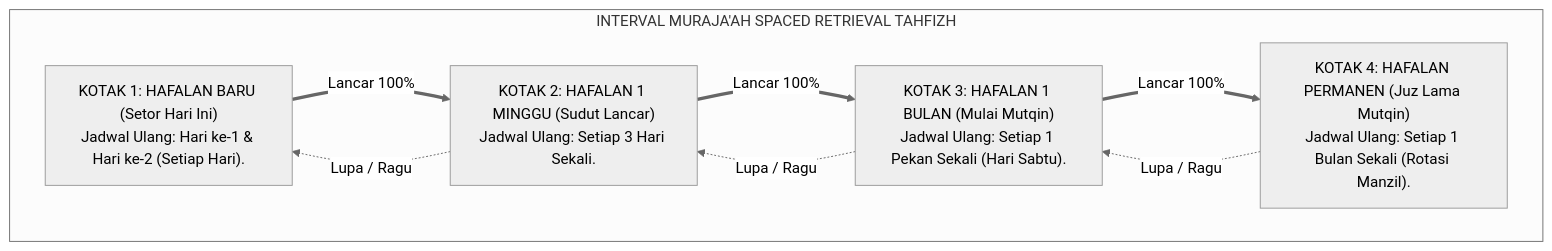
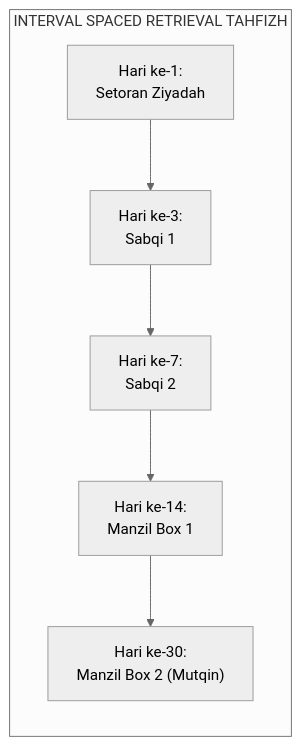
The third of 3 diagrams in 02 Principles/03 Learning Principles/P2-03-02-Prinsip-Retensi-Memori-dan-Hafalan-Mutqin.md (wandiapriliyandi/tumbuh), drawn with Mermaid (neutral theme) before and after one commit. The commit also changed other lines of this file and 6 other files, not shown here.

````diff
--- a/02 Principles/03 Learning Principles/P2-03-02-Prinsip-Retensi-Memori-dan-Hafalan-Mutqin.md
+++ b/02 Principles/03 Learning Principles/P2-03-02-Prinsip-Retensi-Memori-dan-Hafalan-Mutqin.md
@@ -226,20 +149,10 @@
 ```mermaid
-graph TD
-    subgraph JadwalPengulanganBerjarakLeitner["INTERVAL MURAJA'AH SPACED RETRIEVAL TAHFIZH"]
-        Kotak1["KOTAK 1: HAFALAN BARU (Setor Hari Ini)<br/>Jadwal Ulang: Hari ke-1 & Hari ke-2 (Setiap Hari)."]
-        
-        Kotak2["KOTAK 2: HAFALAN 1 MINGGU (Sudut Lancar)<br/>Jadwal Ulang: Setiap 3 Hari Sekali."]
-        
-        Kotak3["KOTAK 3: HAFALAN 1 BULAN (Mulai Mutqin)<br/>Jadwal Ulang: Setiap 1 Pekan Sekali (Hari Sabtu)."]
-        
-        Kotak4["KOTAK 4: HAFALAN PERMANEN (Juz Lama Mutqin)<br/>Jadwal Ulang: Setiap 1 Bulan Sekali (Rotasi Manzil)."]
-        
-        Kotak1 ==>|Lancar 100%| Kotak2
-        Kotak2 ==>|Lancar 100%| Kotak3
-        Kotak3 ==>|Lancar 100%| Kotak4
-        
-        Kotak2 -.->|Lupa / Ragu| Kotak1
-        Kotak3 -.->|Lupa / Ragu| Kotak2
-        Kotak4 -.->|Lupa / Ragu| Kotak3
+flowchart LR
+    subgraph SpacedRetrievalLeitner["INTERVAL SPACED RETRIEVAL TAHFIZH"]
+        H1["Hari ke-1:<br/>Setoran Ziyadah"]
+        --> H3["Hari ke-3:<br/>Sabqi 1"]
+        --> H7["Hari ke-7:<br/>Sabqi 2"]
+        --> H14["Hari ke-14:<br/>Manzil Box 1"]
+        --> H30["Hari ke-30:<br/>Manzil Box 2 (Mutqin)"]
     end
 ```
````
